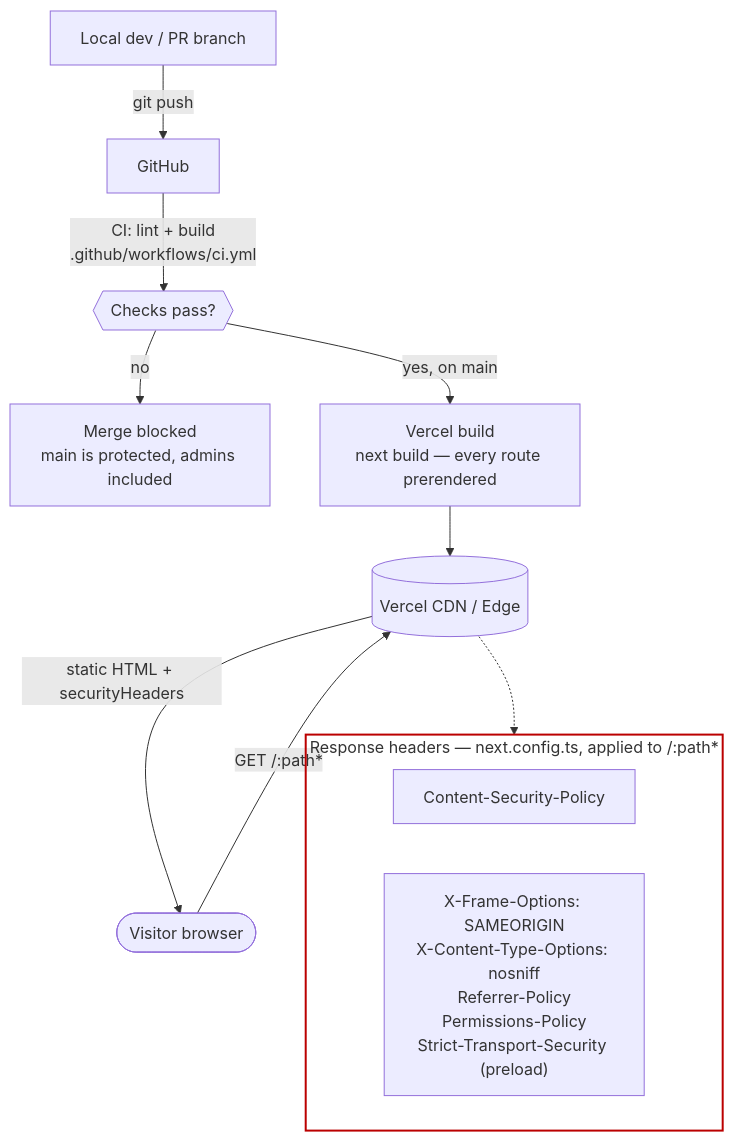
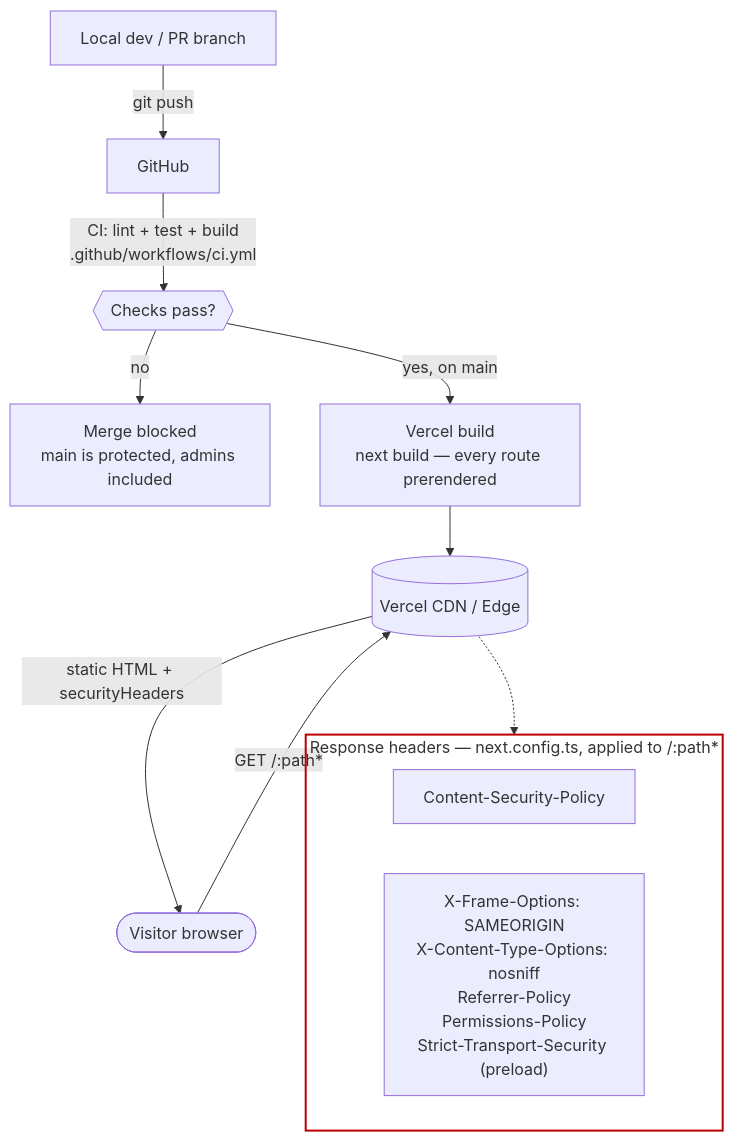
Before and after one commit to carterptull/personal-portfolio-website: the diagram in diagrams/deployment-security.md, drawn with Mermaid. The commit also changed other lines of this file and 5 other files, not shown here.

First line of the commit message:
Document 1.1.5 in changelog, decisions, and diagrams

````diff
--- a/diagrams/deployment-security.md
+++ b/diagrams/deployment-security.md
@@ -6,20 +6,20 @@
 ```mermaid
 flowchart TB
     dev["Local dev / PR branch"] -->|git push| gh["GitHub"]
-    gh -->|"CI: lint + build<br/>.github/workflows/ci.yml"| ci{{"Checks pass?"}}
+    gh -->|"CI: lint + test + build<br/>.github/workflows/ci.yml"| ci{{"Checks pass?"}}
     ci -->|"no"| blocked["Merge blocked<br/>main is protected, admins included"]
     ci -->|"yes, on main"| build["Vercel build<br/>next build — every route prerendered"]
     build --> cdn[("Vercel CDN / Edge")]
 
     visitor(["Visitor browser"]) -->|"GET /:path*"| cdn
     cdn -->|"static HTML + securityHeaders"| visitor
 
     subgraph headers["Response headers — next.config.ts, applied to /:path*"]
         csp["Content-Security-Policy"]
         other["X-Frame-Options: SAMEORIGIN<br/>X-Content-Type-Options: nosniff<br/>Referrer-Policy<br/>Permissions-Policy<br/>Strict-Transport-Security (preload)"]
     end
 
     cdn -.-> headers
 
     style headers fill:transparent,stroke:#BB0000,stroke-width:2px
 ```
````
